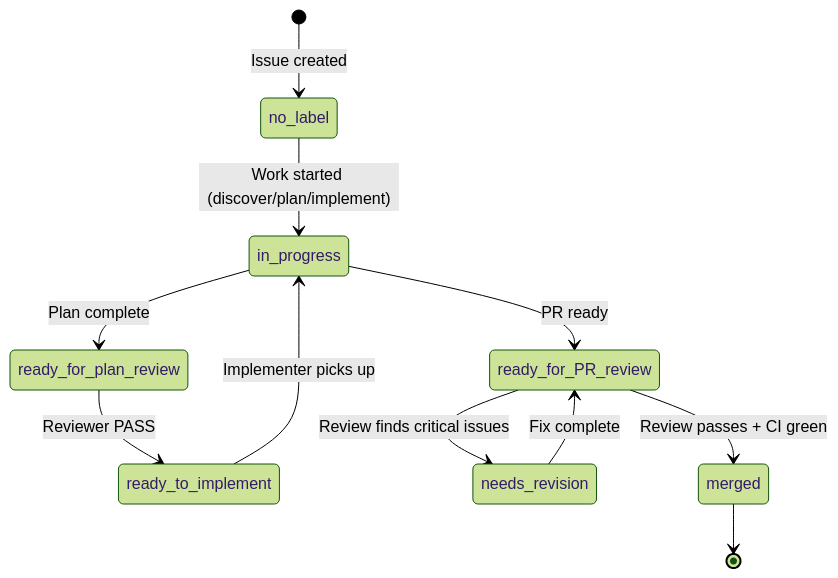
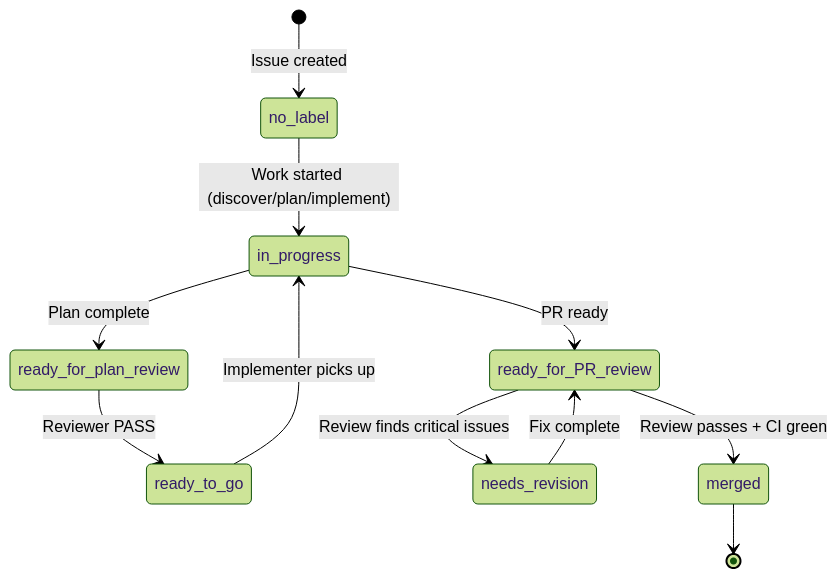
The second of 4 diagrams in docs/workflow-detail.md (o3-ozono/atdd-kit), drawn with Mermaid (forest theme) before and after one commit. The commit also changed other lines of this file and 8 other files, not shown here.

````diff
--- a/docs/workflow-detail.md
+++ b/docs/workflow-detail.md
@@ -120,17 +131,17 @@
 ```mermaid
 stateDiagram-v2
     [*] --> no_label: Issue created
     no_label --> in_progress: Work started (discover/plan/implement)
 
     in_progress --> ready_for_plan_review: Plan complete
-    ready_for_plan_review --> ready_to_implement: Reviewer PASS
+    ready_for_plan_review --> ready_to_go: Reviewer PASS
 
-    ready_to_implement --> in_progress: Implementer picks up
+    ready_to_go --> in_progress: Implementer picks up
     in_progress --> ready_for_PR_review: PR ready
 
     ready_for_PR_review --> needs_revision: Review finds critical issues
     needs_revision --> ready_for_PR_review: Fix complete
 
     ready_for_PR_review --> merged: Review passes + CI green
     merged --> [*]
 ```
````
